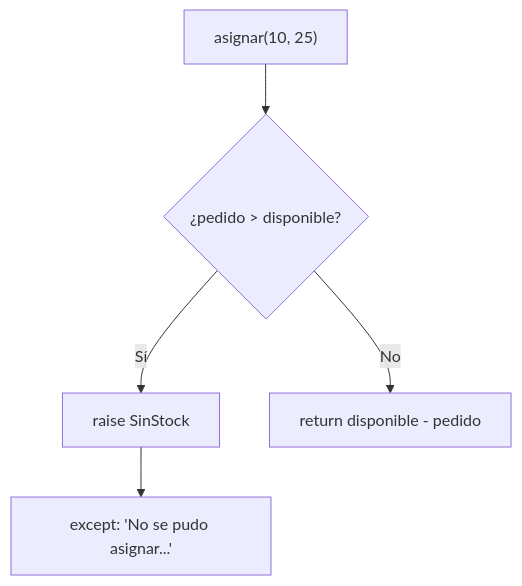
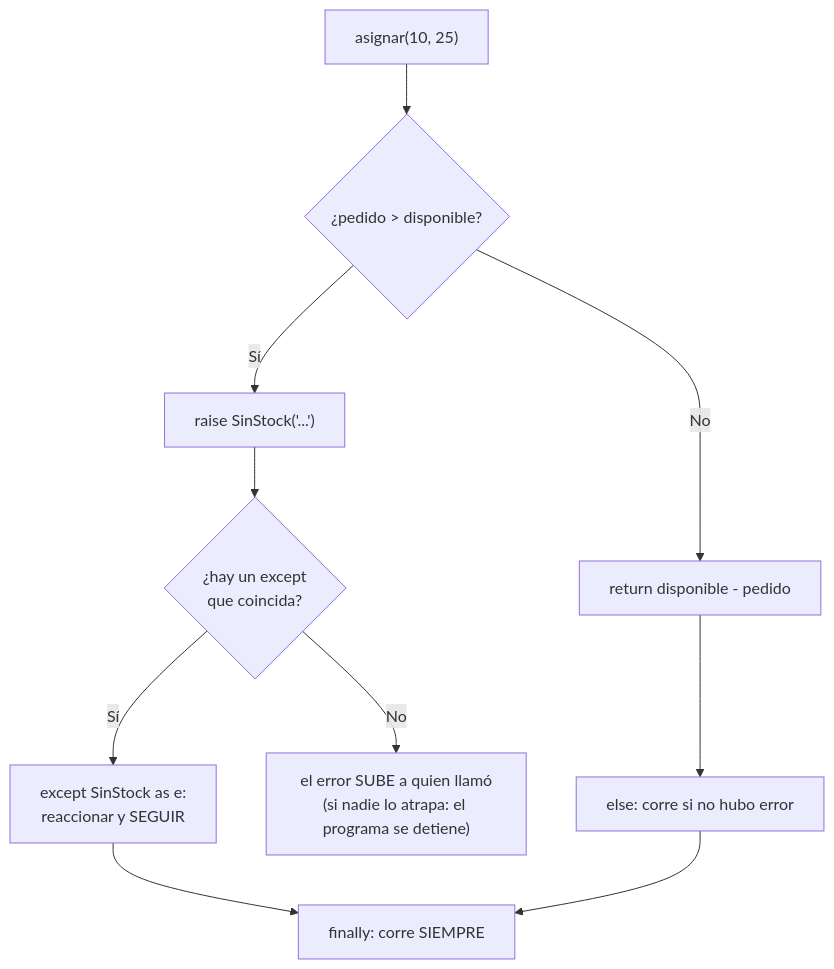
One commit to BenjaminGhiggo/aprendiendo-ddd-con-python-y-fastapi changed the diagram in lecciones/07-excepciones/README.md. Above: the diagram before and after it, drawn with Mermaid. The commit also changed other lines of this file and 20 other files, not shown here.

````diff
--- a/lecciones/07-excepciones/README.md
+++ b/lecciones/07-excepciones/README.md
@@ -34,7 +308,12 @@
 ```mermaid
 flowchart TD
     A["asignar(10, 25)"] --> B{"¿pedido > disponible?"}
-    B -- "Sí" --> C["raise SinStock"]
-    C --> D["except: 'No se pudo asignar...'"]
-    B -- "No" --> E["return disponible - pedido"]
+    B -- "Sí" --> C["raise SinStock('...')"]
+    C --> D{"¿hay un except<br/>que coincida?"}
+    D -- "Sí" --> E["except SinStock as e:<br/>reaccionar y SEGUIR"]
+    D -- "No" --> F["el error SUBE a quien llamó<br/>(si nadie lo atrapa: el programa se detiene)"]
+    B -- "No" --> G["return disponible - pedido"]
+    G --> H["else: corre si no hubo error"]
+    E --> I["finally: corre SIEMPRE"]
+    H --> I
 ```
````
